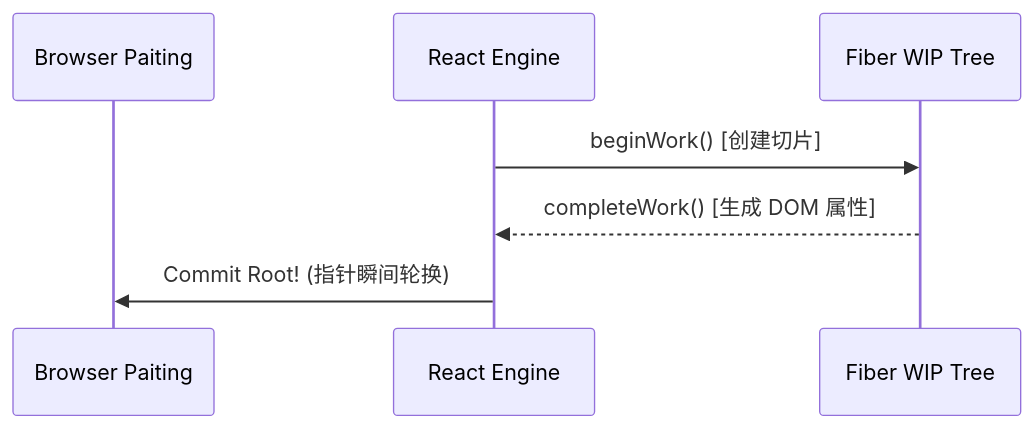
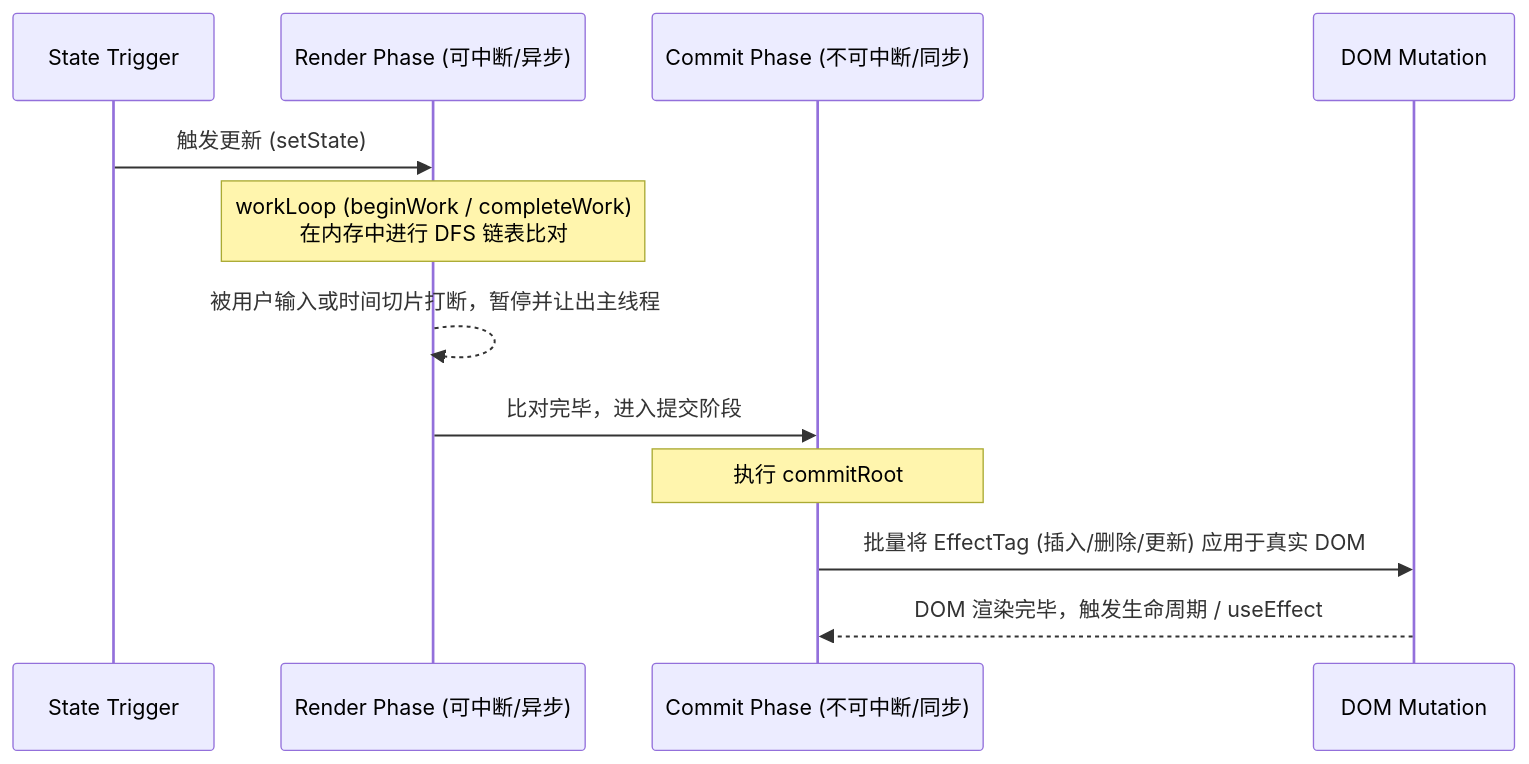
The diagram in docs/react/advanced/fiber-architecture.md (Aiden-Coding/AiDocs), drawn with Mermaid before and after one commit. The commit also changed other lines of this file and 7 other files, not shown here.

````diff
--- a/docs/react/advanced/fiber-architecture.md
+++ b/docs/react/advanced/fiber-architecture.md
@@ -29,10 +85,15 @@
 ```mermaid
 sequenceDiagram
-    participant B as Browser Paiting
-    participant R as React Engine
-    participant F as Fiber WIP Tree
-    
-    R->>F: beginWork() [创建切片]
-    F-->>R: completeWork() [生成 DOM 属性]
-    R->>B: Commit Root! (指针瞬间轮换)
+    participant U as State Trigger
+    participant R as Render Phase (可中断/异步)
+    participant C as Commit Phase (不可中断/同步)
+    participant D as DOM Mutation
+
+    U->>R: 触发更新 (setState)
+    Note over R: workLoop (beginWork / completeWork)<br/>在内存中进行 DFS 链表比对
+    R-->>R: 被用户输入或时间切片打断，暂停并让出主线程
+    R->>C: 比对完毕，进入提交阶段
+    Note over C: 执行 commitRoot
+    C->>D: 批量将 EffectTag (插入/删除/更新) 应用于真实 DOM
+    D-->>C: DOM 渲染完毕，触发生命周期 / useEffect
 ```
````
